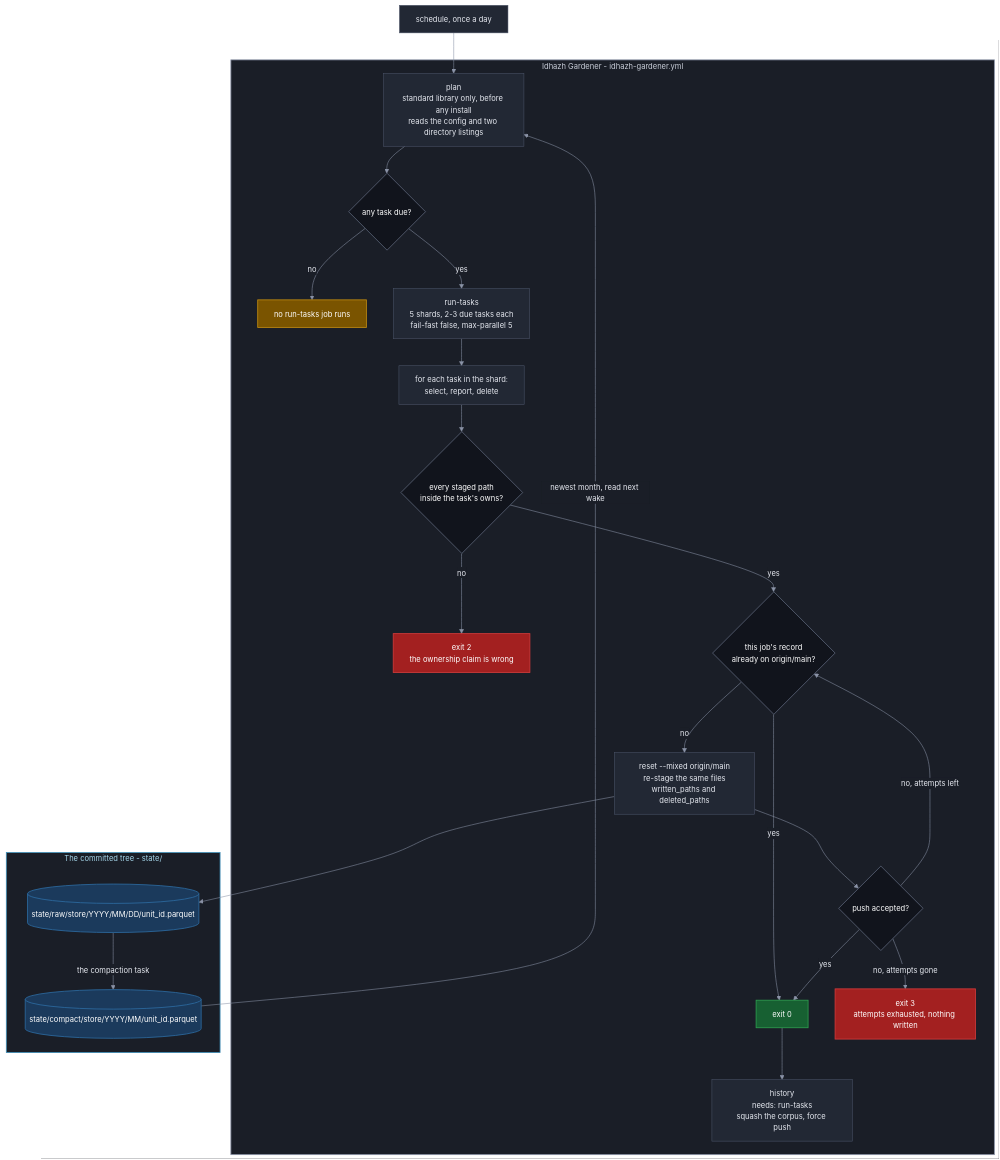
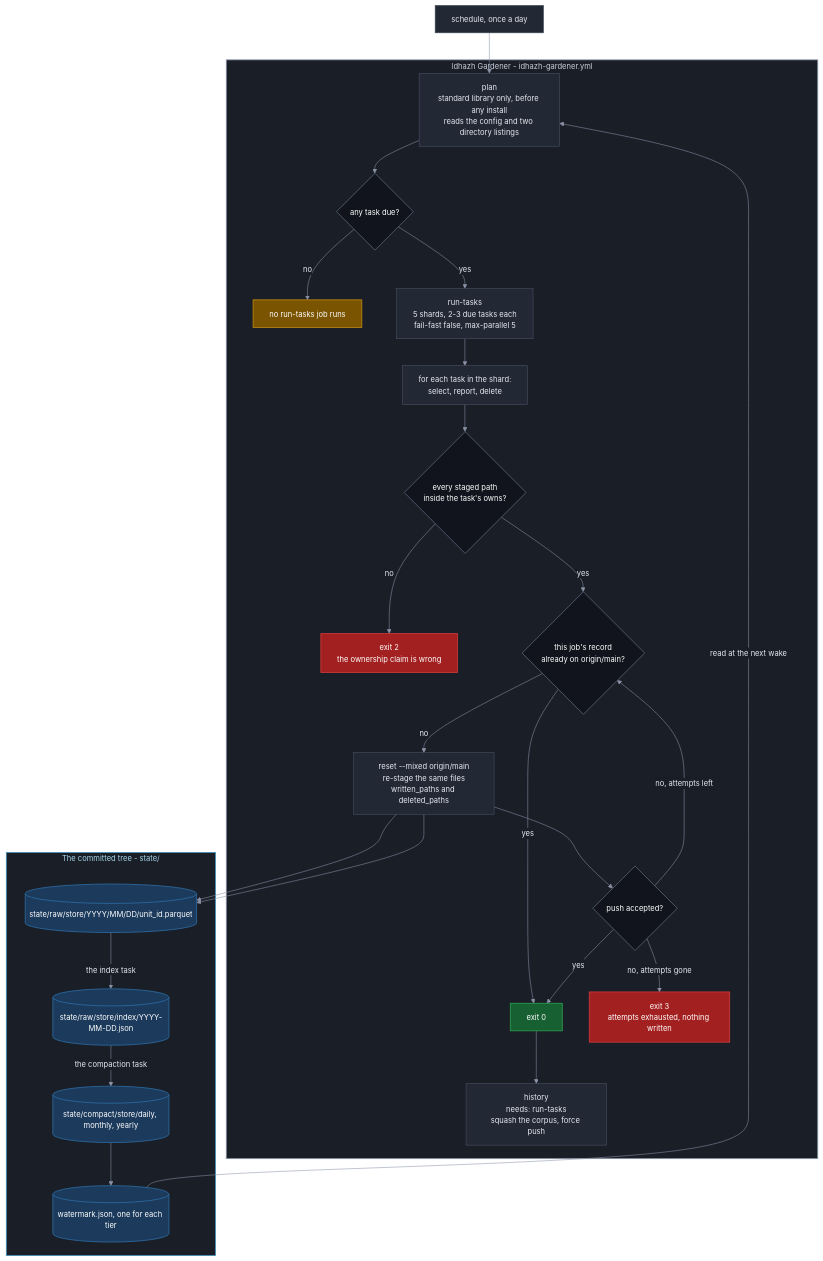
Before and after one commit to miztiik/yen-idhazh: the first of 2 diagrams in TODO/20260924-50-idhazh-gardener-plan.md, drawn with Mermaid. The commit also changed other lines of this file and 1 other file, not shown here.

First line of the commit message:
plan: state gains three compact tiers, a day index and a watermark for each tier

````diff
--- a/TODO/20260924-50-idhazh-gardener-plan.md
+++ b/TODO/20260924-50-idhazh-gardener-plan.md
@@ -104,63 +144,68 @@
 ```mermaid
 %%{init: {"theme": "base", "themeVariables": {"background": "#0f1117", "primaryColor": "#222834", "primaryTextColor": "#e6e9f0", "primaryBorderColor": "#4b5468", "lineColor": "#8b93a7", "textColor": "#e6e9f0", "clusterBkg": "#1a1e27", "clusterBorder": "#3a4254", "titleColor": "#e6e9f0", "edgeLabelBackground": "#1a1e27", "fontSize": "14px"}}}%%
 flowchart TB
   CRON["schedule, once a day"]
 
   subgraph OPS["Idhazh Gardener - idhazh-gardener.yml"]
     PLAN["plan<br/>standard library only, before any install<br/>reads the config and two directory listings"]
     ANY{"any task due?"}
     IDLE["no run-tasks job runs"]
     TEND["run-tasks<br/>5 shards, 2-3 due tasks each<br/>fail-fast false, max-parallel 5"]
     RUN["for each task in the shard:<br/>select, report, delete"]
     OWNED{"every staged path<br/>inside the task's owns?"}
     OUTSIDE["exit 2<br/>the ownership claim is wrong"]
     LANDED{"this job's record<br/>already on origin/main?"}
     REAPPLY["reset --mixed origin/main<br/>re-stage the same files<br/>written_paths and deleted_paths"]
     PUSHED{"push accepted?"}
     OK["exit 0"]
     LOST["exit 3<br/>attempts exhausted, nothing written"]
     HIST["history<br/>needs: run-tasks<br/>squash the corpus, force push"]
   end
 
   subgraph TREE["The committed tree - state/"]
     RAW[("state/raw/store/YYYY/MM/DD/unit_id.parquet")]
-    COMPACT[("state/compact/store/YYYY/MM/unit_id.parquet")]
+    RIDX[("state/raw/store/index/YYYY-MM-DD.json")]
+    COMPACT[("state/compact/store/daily, monthly, yearly")]
+    WM[("watermark.json, one for each tier")]
   end
 
   CRON --> PLAN
   PLAN --> ANY
   ANY -->|"no"| IDLE
   ANY -->|"yes"| TEND
   TEND --> RUN
   RUN --> OWNED
   OWNED -->|"no"| OUTSIDE
   OWNED -->|"yes"| LANDED
   LANDED -->|"yes"| OK
   LANDED -->|"no"| REAPPLY
   REAPPLY --> RAW
   REAPPLY --> PUSHED
   PUSHED -->|"yes"| OK
   PUSHED -->|"no, attempts left"| LANDED
   PUSHED -->|"no, attempts gone"| LOST
   OK --> HIST
-  COMPACT -->|"newest month, read next wake"| PLAN
-  RAW -->|"the compaction task"| COMPACT
+  WM -->|"read at the next wake"| PLAN
+  REAPPLY --> RAW
+  RAW -->|"the index task"| RIDX
+  RIDX -->|"the compaction task"| COMPACT
+  COMPACT --> WM
 
   classDef stage fill:#222834,stroke:#4b5468,stroke-width:1px,color:#e6e9f0;
   classDef decision fill:#11141c,stroke:#5b6477,stroke-width:1.5px,color:#ffffff;
   classDef yes fill:#176032,stroke:#2ea04f,stroke-width:1.5px,color:#ffffff;
   classDef no fill:#a32020,stroke:#d23b3b,stroke-width:1.5px,color:#ffffff;
   classDef warn fill:#7a5400,stroke:#c08a12,stroke-width:1.5px,color:#ffffff;
   classDef store fill:#1b3a5c,stroke:#2d6ca3,stroke-width:1.5px,color:#ffffff;
   classDef sysOps fill:#1a1e27,stroke:#8b93a7,stroke-width:1.5px,color:#c8cdd8;
   classDef sysPublish fill:#1a1e27,stroke:#3f8fb8,stroke-width:1.5px,color:#a5d6ea;
 
   class CRON,PLAN,TEND,RUN,REAPPLY,HIST stage;
   class ANY,OWNED,LANDED,PUSHED decision;
   class OK yes;
   class OUTSIDE,LOST no;
   class IDLE warn;
-  class RAW,COMPACT store;
+  class RAW,COMPACT,RIDX,WM store;
   class OPS sysOps;
   class TREE sysPublish;
 ```
````
